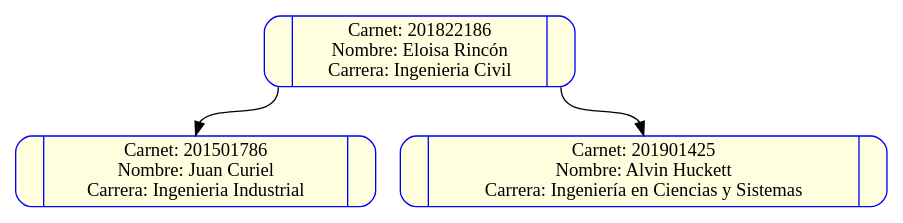
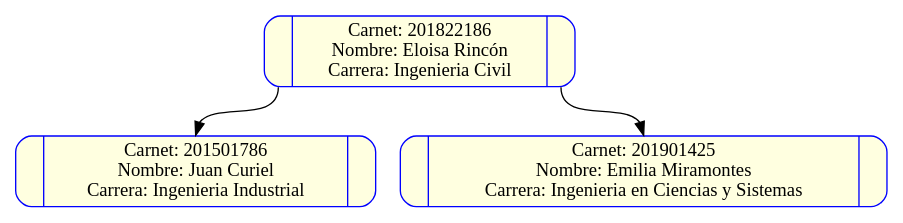
Before and after one commit to JBastian29/EDD_SmartClassF2_201905711: the diagram in Backend/PLY Mejorado/dotArbolAVL.dot, drawn with Graphviz. The commit also changed 6 other files, not shown here.

```diff
--- a/Backend/PLY Mejorado/dotArbolAVL.dot
+++ b/Backend/PLY Mejorado/dotArbolAVL.dot
@@ -1,8 +1,8 @@
 digraph G{
 node[color="blue",style="rounded,filled",fillcolor=lightyellow, shape=record];
-node67178472[label="<f0>|<f1> Carnet: 201822186\nNombre: Eloisa Rincón\nCarrera: Ingenieria Civil|<f2>"];
-node67178448[label="<f0>|<f1>Carnet: 201501786\nNombre: Juan Curiel\nCarrera: Ingenieria Industrial|<f2>"];
-node67178472:f0->node67178448:<f1>
-node67178424[label="<f0>|<f1>Carnet: 201901425\nNombre: Alvin Huckett\nCarrera: Ingeniería en Ciencias y Sistemas|<f2>"];
-node67178472:f2->node67178424:<f1>
+node65015784[label="<f0>|<f1> Carnet: 201822186\nNombre: Eloisa Rincón\nCarrera: Ingenieria Civil|<f2>"];
+node65015760[label="<f0>|<f1>Carnet: 201501786\nNombre: Juan Curiel\nCarrera: Ingenieria Industrial|<f2>"];
+node65015784:f0->node65015760:<f1>
+node65015736[label="<f0>|<f1>Carnet: 201901425\nNombre: Emilia Miramontes\nCarrera: Ingenieria en Ciencias y Sistemas|<f2>"];
+node65015784:f2->node65015736:<f1>
 }
```
